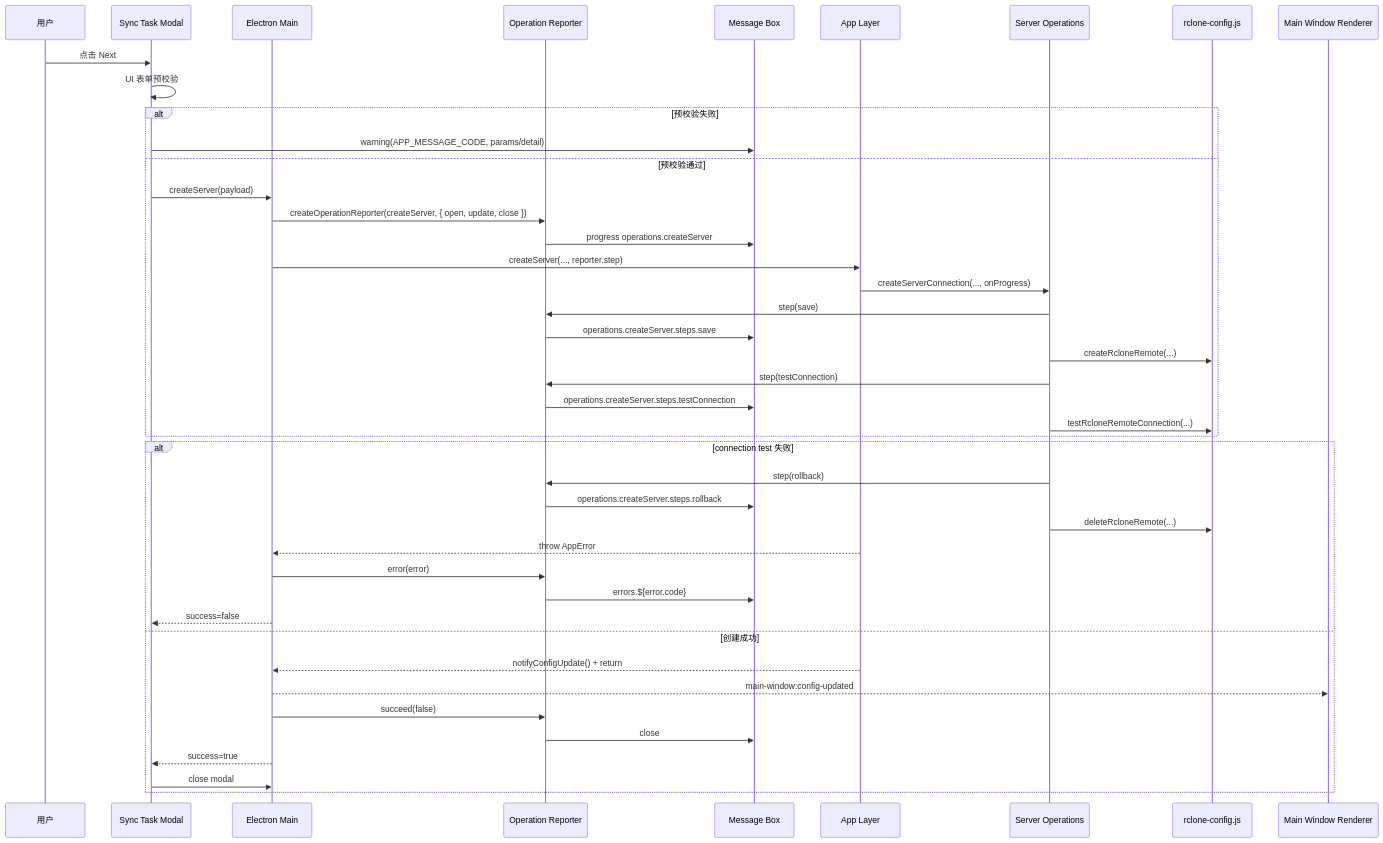
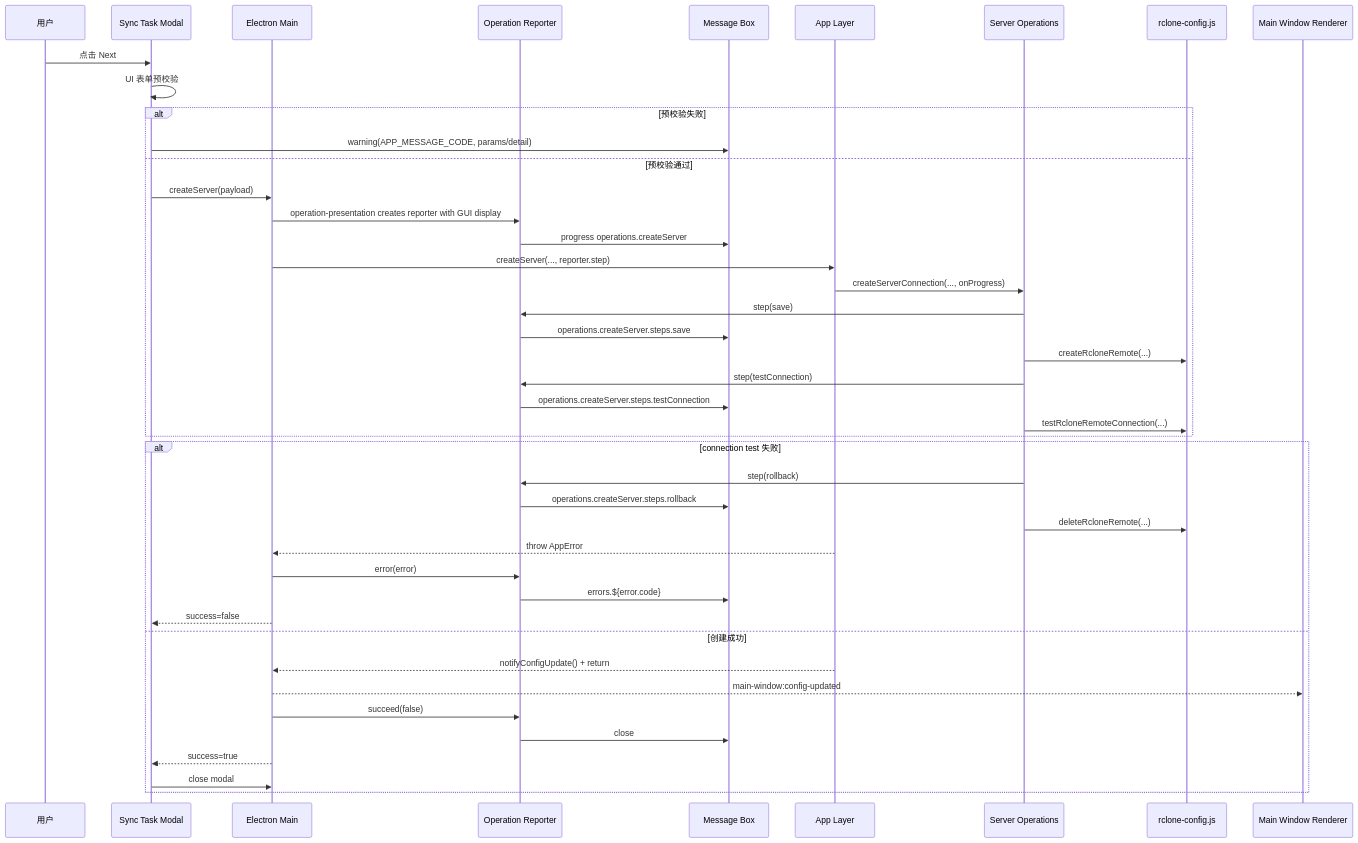
One commit to agalloch21/sync-with-rclone changed diagram 13 of 15 in docs/Flows.md. Above: the diagram before and after it, drawn with Mermaid. The commit also changed other lines of this file and 12 other files, not shown here.

````diff
--- a/docs/Flows.md
+++ b/docs/Flows.md
@@ -381,46 +381,46 @@
 ```mermaid
 sequenceDiagram
   participant U as 用户
   participant M as Sync Task Modal
   participant EM as Electron Main
   participant OR as Operation Reporter
   participant MB as Message Box
   participant APP as App Layer
   participant SO as Server Operations
   participant RC as rclone-config.js
   participant MW as Main Window Renderer
 
   U->>M: 点击 Next
   M->>M: UI 表单预校验
   alt 预校验失败
     M->>MB: warning(APP_MESSAGE_CODE, params/detail)
   else 预校验通过
     M->>EM: createServer(payload)
-    EM->>OR: createOperationReporter(createServer, { open, update, close })
+    EM->>OR: operation-presentation creates reporter with GUI display
     OR->>MB: progress operations.createServer
     EM->>APP: createServer(..., reporter.step)
     APP->>SO: createServerConnection(..., onProgress)
     SO->>OR: step(save)
     OR->>MB: operations.createServer.steps.save
     SO->>RC: createRcloneRemote(...)
     SO->>OR: step(testConnection)
     OR->>MB: operations.createServer.steps.testConnection
     SO->>RC: testRcloneRemoteConnection(...)
   end
   alt connection test 失败
     SO->>OR: step(rollback)
     OR->>MB: operations.createServer.steps.rollback
     SO->>RC: deleteRcloneRemote(...)
     APP-->>EM: throw AppError
     EM->>OR: error(error)
     OR->>MB: errors.${error.code}
     EM-->>M: success=false
   else 创建成功
     APP-->>EM: notifyConfigUpdate() + return
     EM-->>MW: main-window:config-updated
     EM->>OR: succeed(false)
     OR->>MB: close
     EM-->>M: success=true
     M->>EM: close modal
   end
 ```
````
